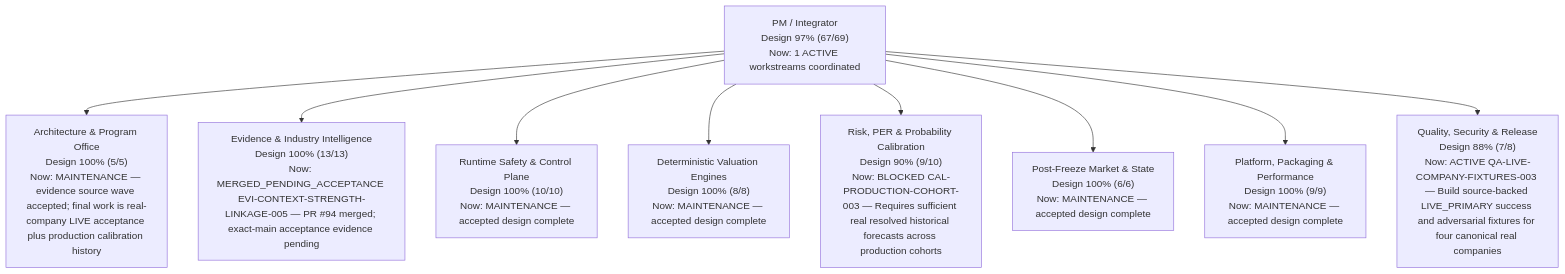
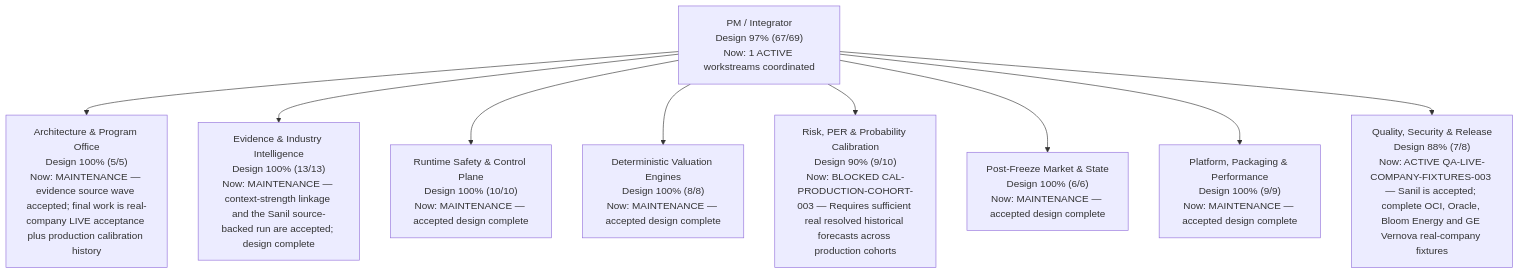
Before and after one commit to newwonwoo/valuation: the diagram in PROJECT_STATUS.md, drawn with Mermaid. The commit also changed other lines of this file and 3 other files, not shown here.

Commit message:
Accept Sanil LIVE_PRIMARY and context-strength linkage

````diff
--- a/PROJECT_STATUS.md
+++ b/PROJECT_STATUS.md
@@ -24,12 +24,12 @@
 ```mermaid
 flowchart TB
   PM["PM / Integrator<br/>Design 97% (67/69)<br/>Now: 1 ACTIVE workstreams coordinated"]
   PM --> PMO["Architecture & Program Office<br/>Design 100% (5/5)<br/>Now: MAINTENANCE — evidence source wave accepted; final work is real-company LIVE acceptance plus production calibration history"]
-  PM --> EVIDENCE["Evidence & Industry Intelligence<br/>Design 100% (13/13)<br/>Now: MERGED_PENDING_ACCEPTANCE EVI-CONTEXT-STRENGTH-LINKAGE-005 — PR #94 merged; exact-main acceptance evidence pending"]
+  PM --> EVIDENCE["Evidence & Industry Intelligence<br/>Design 100% (13/13)<br/>Now: MAINTENANCE — context-strength linkage and the Sanil source-backed run are accepted; design complete"]
   PM --> RUNTIME["Runtime Safety & Control Plane<br/>Design 100% (10/10)<br/>Now: MAINTENANCE — accepted design complete"]
   PM --> VALUATION["Deterministic Valuation Engines<br/>Design 100% (8/8)<br/>Now: MAINTENANCE — accepted design complete"]
   PM --> CALIBRATION["Risk, PER & Probability Calibration<br/>Design 90% (9/10)<br/>Now: BLOCKED CAL-PRODUCTION-COHORT-003 — Requires sufficient real resolved historical forecasts across production cohorts"]
   PM --> POST_FREEZE["Post-Freeze Market & State<br/>Design 100% (6/6)<br/>Now: MAINTENANCE — accepted design complete"]
   PM --> PLATFORM["Platform, Packaging & Performance<br/>Design 100% (9/9)<br/>Now: MAINTENANCE — accepted design complete"]
-  PM --> QA_RELEASE["Quality, Security & Release<br/>Design 88% (7/8)<br/>Now: ACTIVE QA-LIVE-COMPANY-FIXTURES-003 — Build source-backed LIVE_PRIMARY success and adversarial fixtures for four canonical real companies"]
+  PM --> QA_RELEASE["Quality, Security & Release<br/>Design 88% (7/8)<br/>Now: ACTIVE QA-LIVE-COMPANY-FIXTURES-003 — Sanil is accepted; complete OCI, Oracle, Bloom Energy and GE Vernova real-company fixtures"]
 ```
````
